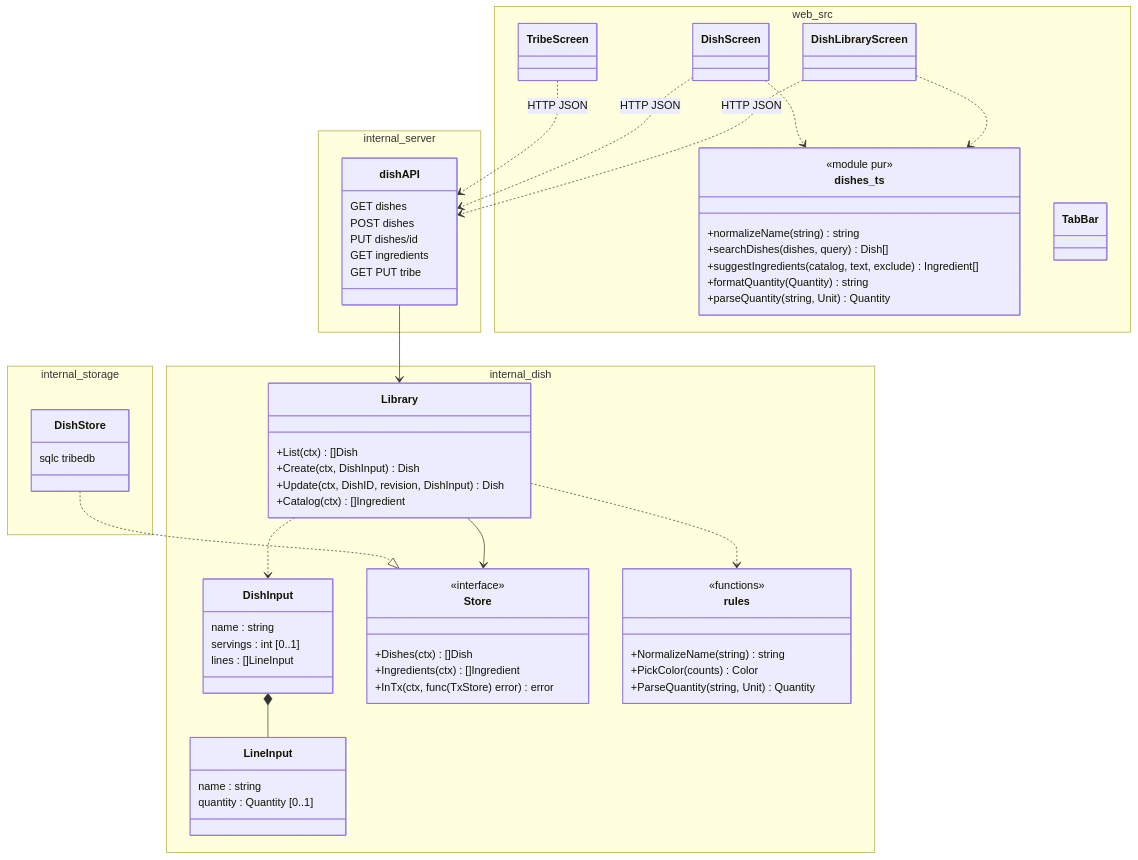
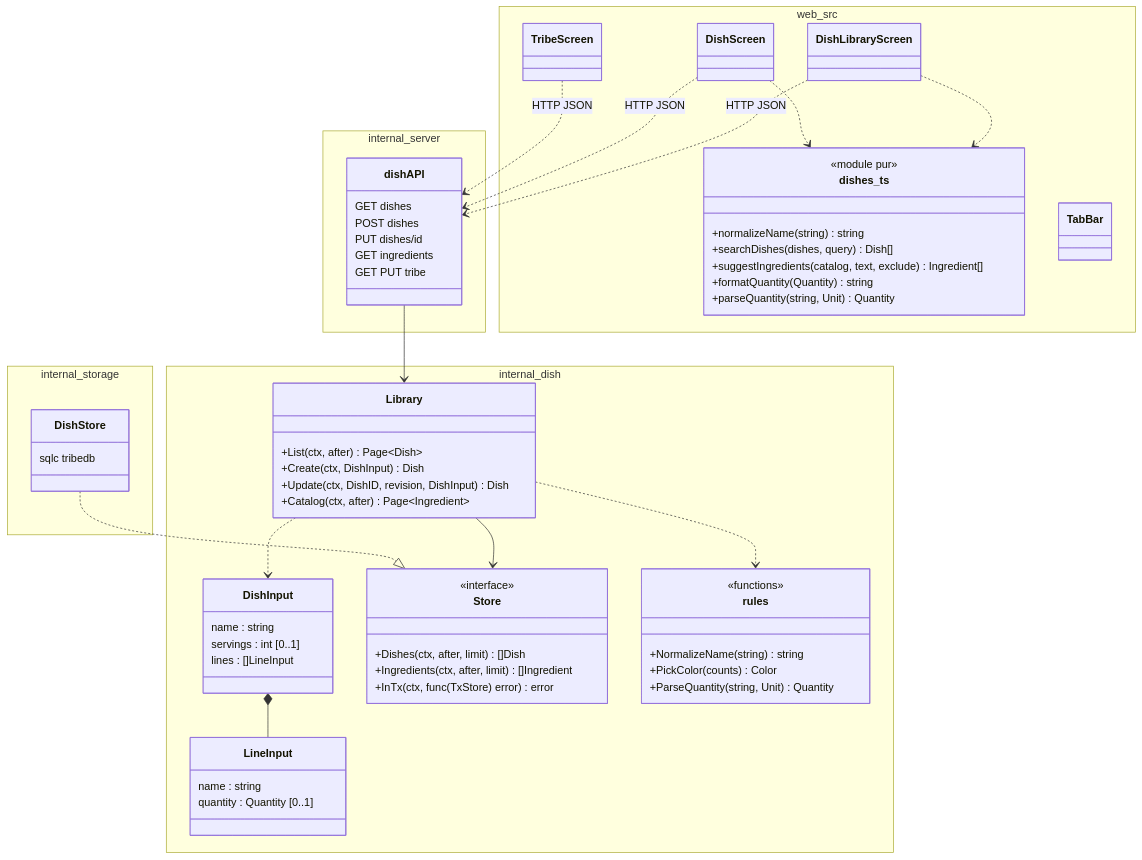
The second of 6 diagrams in docs/conception/bibliotheque-de-plats.md (nelt/tribe-menus), drawn with Mermaid before and after one commit. The commit also changed other lines of this file and 3 other files, not shown here.

````diff
--- a/docs/conception/bibliotheque-de-plats.md
+++ b/docs/conception/bibliotheque-de-plats.md
@@ -105,74 +105,74 @@
 ```mermaid
 classDiagram
     direction TB
 
     namespace internal_dish {
         class Library {
-            +List(ctx) []Dish
+            +List(ctx, after) Page~Dish~
             +Create(ctx, DishInput) Dish
             +Update(ctx, DishID, revision, DishInput) Dish
-            +Catalog(ctx) []Ingredient
+            +Catalog(ctx, after) Page~Ingredient~
         }
         class DishInput {
             name : string
             servings : int [0..1]
             lines : []LineInput
         }
         class LineInput {
             name : string
             quantity : Quantity [0..1]
         }
         class Store {
             <<interface>>
-            +Dishes(ctx) []Dish
-            +Ingredients(ctx) []Ingredient
+            +Dishes(ctx, after, limit) []Dish
+            +Ingredients(ctx, after, limit) []Ingredient
             +InTx(ctx, func(TxStore) error) error
         }
         class rules {
             <<functions>>
             +NormalizeName(string) string
             +PickColor(counts) Color
             +ParseQuantity(string, Unit) Quantity
         }
     }
     namespace internal_storage {
         class DishStore {
             sqlc tribedb
         }
     }
     namespace internal_server {
         class dishAPI {
             GET dishes
             POST dishes
             PUT dishes/id
             GET ingredients
             GET PUT tribe
         }
     }
     namespace web_src {
         class dishes_ts {
             <<module pur>>
             +normalizeName(string) string
             +searchDishes(dishes, query) Dish[]
             +suggestIngredients(catalog, text, exclude) Ingredient[]
             +formatQuantity(Quantity) string
             +parseQuantity(string, Unit) Quantity
         }
         class DishLibraryScreen
         class DishScreen
         class TribeScreen
         class TabBar
     }
 
     dishAPI --> Library
     Library --> Store
     Library ..> rules
     Library ..> DishInput
     DishInput *-- LineInput
     DishStore ..|> Store
     DishLibraryScreen ..> dishes_ts
     DishScreen ..> dishes_ts
     DishLibraryScreen ..> dishAPI : HTTP JSON
     DishScreen ..> dishAPI : HTTP JSON
     TribeScreen ..> dishAPI : HTTP JSON
 ```
````
